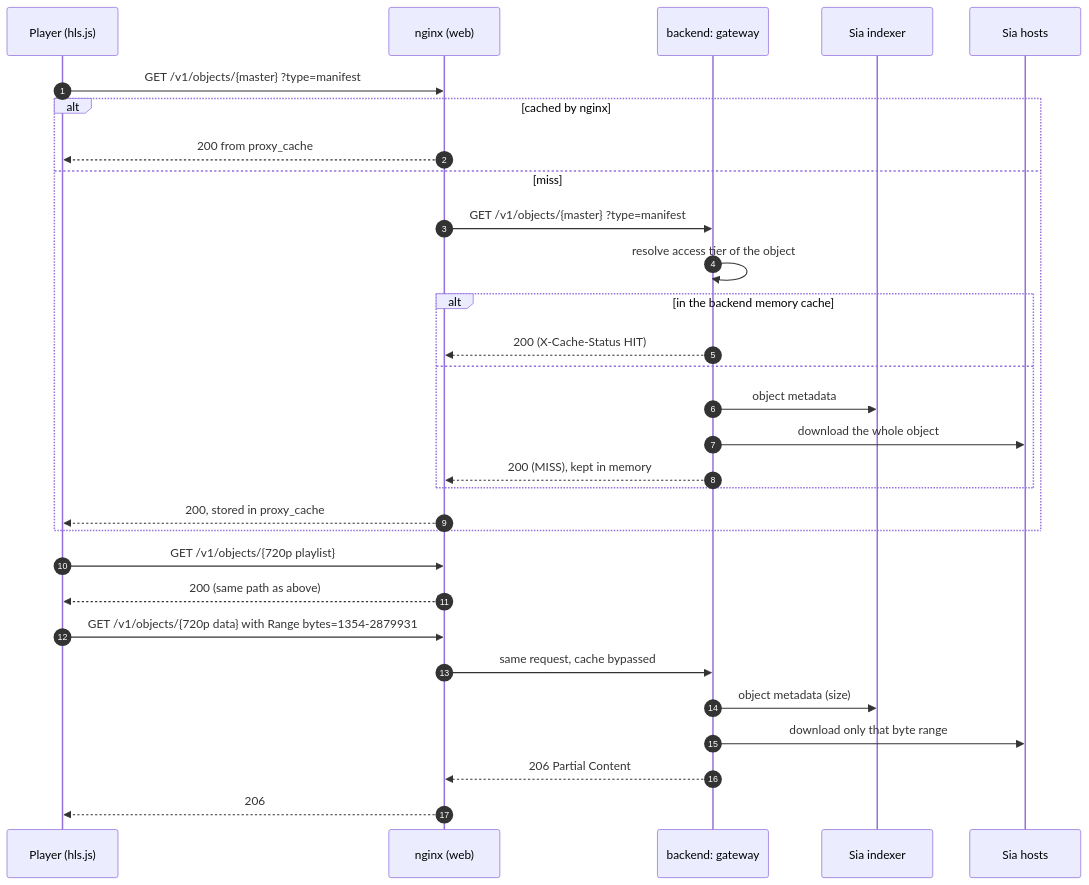
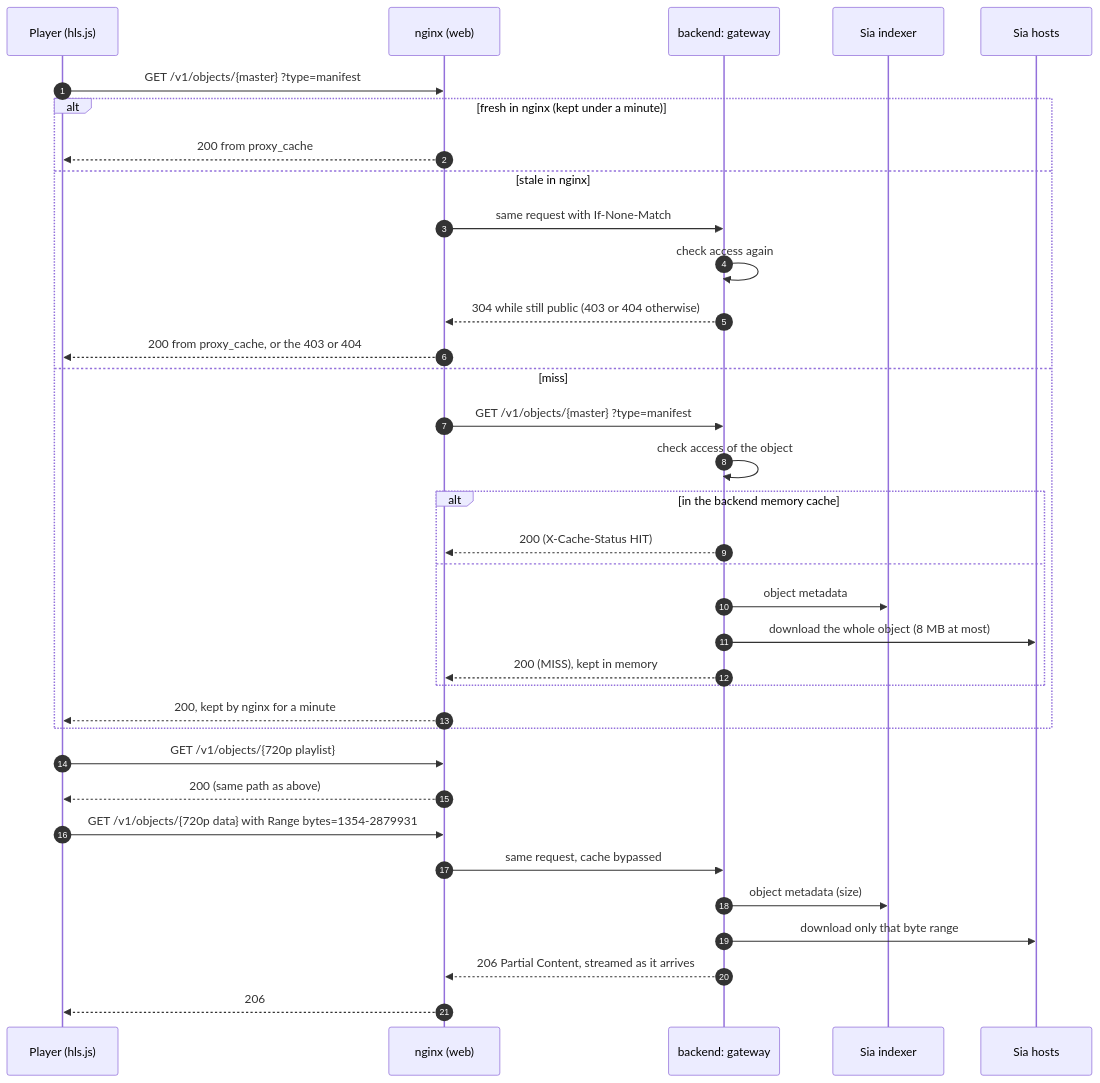
One commit to justmert/Sluby changed the first of 2 diagrams in docs/architecture/playback.md. Above: the diagram before and after it, drawn with Mermaid. The commit also changed other lines of this file and 9 other files, not shown here.

Commit message:
document capped revocable signed urls, the delivery cache window and streamed objects

````diff
--- a/docs/architecture/playback.md
+++ b/docs/architecture/playback.md
@@ -30,33 +30,38 @@
 ```mermaid
 sequenceDiagram
   autonumber
   participant P as Player (hls.js)
   participant N as nginx (web)
   participant G as backend: gateway
   participant I as Sia indexer
   participant H as Sia hosts
 
   P->>N: GET /v1/objects/{master} ?type=manifest
-  alt cached by nginx
+  alt fresh in nginx (kept under a minute)
     N-->>P: 200 from proxy_cache
+  else stale in nginx
+    N->>G: same request with If-None-Match
+    G->>G: check access again
+    G-->>N: 304 while still public (403 or 404 otherwise)
+    N-->>P: 200 from proxy_cache, or the 403 or 404
   else miss
     N->>G: GET /v1/objects/{master} ?type=manifest
-    G->>G: resolve access tier of the object
+    G->>G: check access of the object
     alt in the backend memory cache
       G-->>N: 200 (X-Cache-Status HIT)
     else
       G->>I: object metadata
-      G->>H: download the whole object
+      G->>H: download the whole object (8 MB at most)
       G-->>N: 200 (MISS), kept in memory
     end
-    N-->>P: 200, stored in proxy_cache
+    N-->>P: 200, kept by nginx for a minute
   end
   P->>N: GET /v1/objects/{720p playlist}
   N-->>P: 200 (same path as above)
   P->>N: GET /v1/objects/{720p data} with Range bytes=1354-2879931
   N->>G: same request, cache bypassed
   G->>I: object metadata (size)
   G->>H: download only that byte range
-  G-->>N: 206 Partial Content
+  G-->>N: 206 Partial Content, streamed as it arrives
   N-->>P: 206
 ```
````
